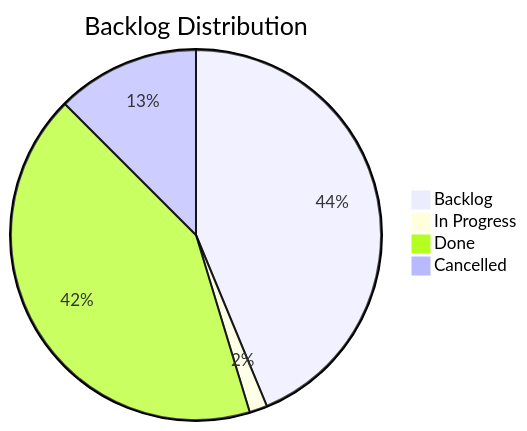
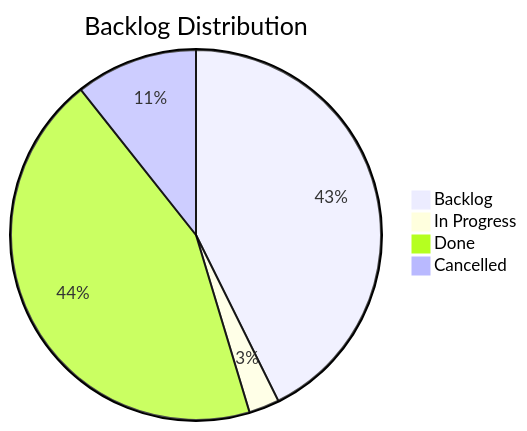
The diagram in docs/board.md (TheCodeCreature/Hytale-Example-Plugin), drawn with Mermaid before and after one commit. The commit also changed other lines of this file and 29 other files, not shown here.

````diff
--- a/docs/board.md
+++ b/docs/board.md
@@ -7,7 +7,7 @@
 ```mermaid
 pie title Backlog Distribution
-    "Backlog" : 28
-    "In Progress" : 1
-    "Done" : 27
+    "Backlog" : 32
+    "In Progress" : 2
+    "Done" : 33
     "Cancelled" : 8
 ```
````
